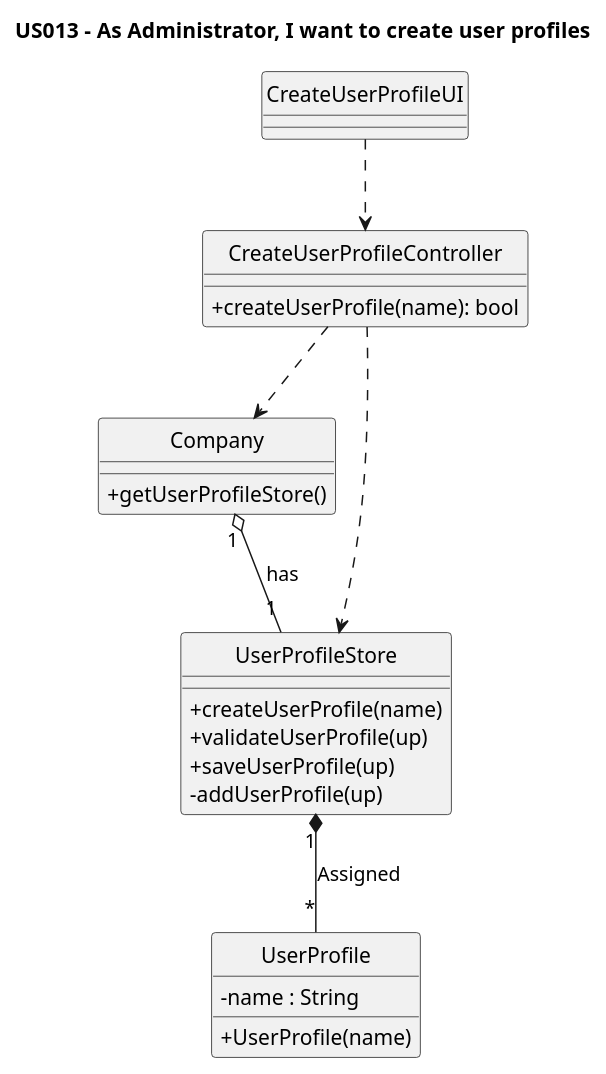
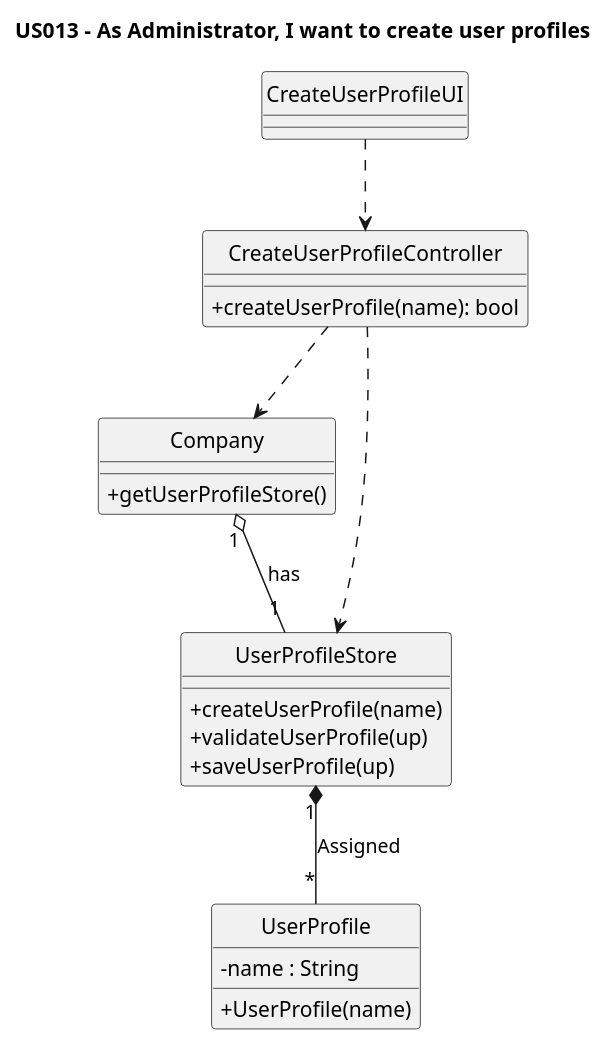
One commit to nunogon1211787/projectManagement changed the diagram in docs/US013/US13-CD.puml. Above: the diagram before and after it, drawn with PlantUML. The commit also changed 13 other files, not shown here.

```diff
--- a/docs/US013/US13-CD.puml
+++ b/docs/US013/US13-CD.puml
@@ -1,40 +1,39 @@
 @startuml
 'https://plantuml.com/class-diagram
 
 hide circle
 skinparam classAttributeIconSize 0
 
 title US013 - As Administrator, I want to create user profiles
 
 class CreateUserProfileUI {
 
 }
 
 class CreateUserProfileController {
     +createUserProfile(name): bool
 }
 
 class Company {
     +getUserProfileStore()
 }
 
 class UserProfileStore {
    +createUserProfile(name)
    +validateUserProfile(up)
    +saveUserProfile(up)
-   -addUserProfile(up)
 }
 
 class UserProfile {
     -name : String
     +UserProfile(name)
  }
 
 CreateUserProfileUI ..> CreateUserProfileController
 
 CreateUserProfileController ..> Company
 CreateUserProfileController ..> UserProfileStore
 Company "1" o-- "1" UserProfileStore: has
 UserProfileStore "1" *-- "*" UserProfile: Assigned
 
 @enduml
```
